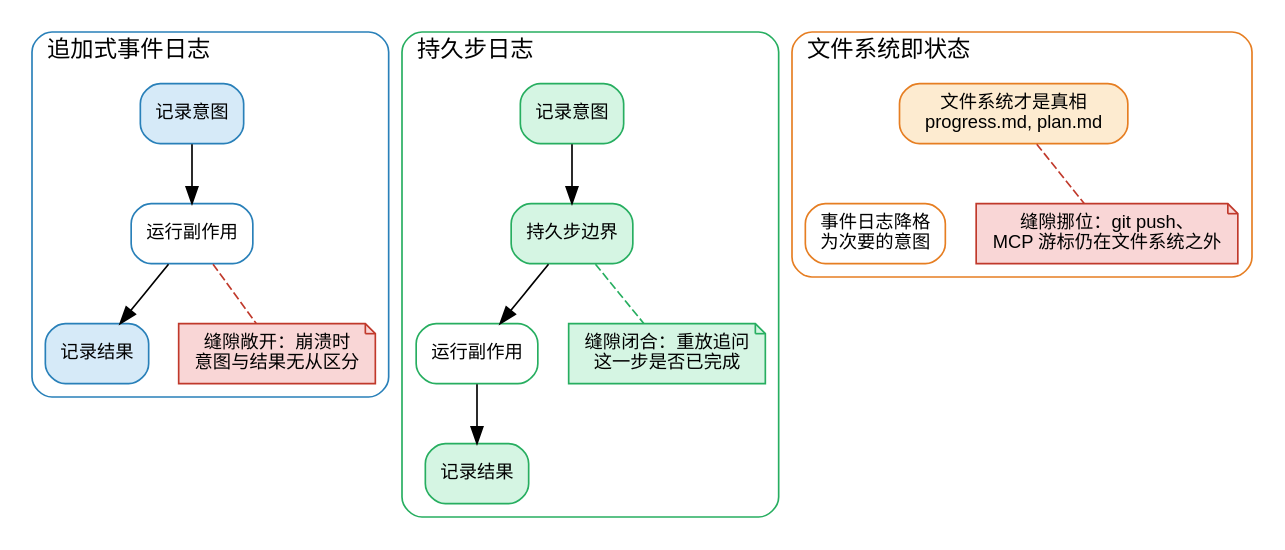
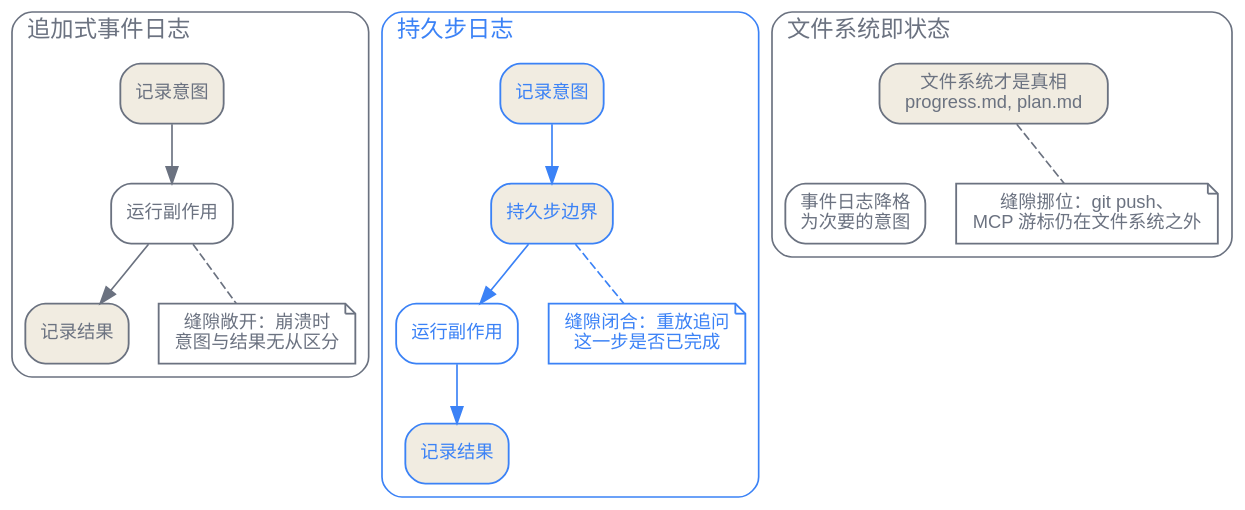
Before and after one commit to latere-ai/ai-as-an-infrastructure: the second of 4 diagrams in zh/p5-orchestration/22-memory-systems.qmd, drawn with Graphviz. The commit also changed other lines of this file and 186 other files, not shown here.

First line of the commit message:
book: visual audit pass on all diagrams and figures

````diff
--- a/zh/p5-orchestration/22-memory-systems.qmd
+++ b/zh/p5-orchestration/22-memory-systems.qmd
@@ -42,48 +42,52 @@
 ```{dot}
 //| label: fig-memory-durability-models
 //| fig-cap: "三种持久性模型在相对副作用记录什么上各有不同，这决定了意图与结果之缝隙落在何处。"
 digraph durability {
     rankdir=TB;
-    node [shape=box, style="rounded,filled", fontname="Helvetica", fontsize=11];
-    edge [fontname="Helvetica", fontsize=10];
+    bgcolor="transparent";
+    node [shape=box, style="rounded,filled", fontname="Helvetica", fontsize=11, color="#6b7280", fontcolor="#6b7280", fillcolor="#ffffff", penwidth=1.1];
+    edge [fontname="Helvetica", fontsize=10, color="#6b7280", fontcolor="#6b7280"];
 
     subgraph cluster_log {
         label="追加式事件日志";
         labeljust="l";
         style="rounded";
-        color="#2980b9";
-        a_intent [label="记录意图", fillcolor="#d6eaf8", color="#2980b9"];
-        a_effect [label="运行副作用", fillcolor="#ffffff", color="#2980b9"];
-        a_result [label="记录结果", fillcolor="#d6eaf8", color="#2980b9"];
+        color="#6b7280";
+        fontcolor="#6b7280";
+        a_intent [label="记录意图", fillcolor="#f1ece1"];
+        a_effect [label="运行副作用"];
+        a_result [label="记录结果", fillcolor="#f1ece1"];
         a_intent -> a_effect -> a_result;
-        a_gap [label="缝隙敞开：崩溃时\n意图与结果无从区分", shape=note, fillcolor="#f9d6d6", color="#c0392b"];
-        a_effect -> a_gap [style=dashed, color="#c0392b", arrowhead=none];
+        a_gap [label="缝隙敞开：崩溃时\n意图与结果无从区分", shape=note];
+        a_effect -> a_gap [style=dashed, arrowhead=none];
     }
 
     subgraph cluster_step {
         label="持久步日志";
         labeljust="l";
         style="rounded";
-        color="#27ae60";
-        b_intent [label="记录意图", fillcolor="#d5f5e3", color="#27ae60"];
-        b_bound [label="持久步边界", fillcolor="#d5f5e3", color="#27ae60"];
-        b_effect [label="运行副作用", fillcolor="#ffffff", color="#27ae60"];
-        b_result [label="记录结果", fillcolor="#d5f5e3", color="#27ae60"];
-        b_intent -> b_bound -> b_effect -> b_result;
-        b_gap [label="缝隙闭合：重放追问\n这一步是否已完成", shape=note, fillcolor="#d5f5e3", color="#27ae60"];
-        b_bound -> b_gap [style=dashed, color="#27ae60", arrowhead=none];
+        color="#3b82f6";
+        fontcolor="#3b82f6";
+        b_intent [label="记录意图", fillcolor="#f1ece1", color="#3b82f6", fontcolor="#3b82f6"];
+        b_bound [label="持久步边界", fillcolor="#f1ece1", color="#3b82f6", fontcolor="#3b82f6"];
+        b_effect [label="运行副作用", color="#3b82f6", fontcolor="#3b82f6"];
+        b_result [label="记录结果", fillcolor="#f1ece1", color="#3b82f6", fontcolor="#3b82f6"];
+        b_intent -> b_bound -> b_effect -> b_result [color="#3b82f6"];
+        b_gap [label="缝隙闭合：重放追问\n这一步是否已完成", shape=note, color="#3b82f6", fontcolor="#3b82f6"];
+        b_bound -> b_gap [style=dashed, arrowhead=none, color="#3b82f6"];
     }
 
     subgraph cluster_fs {
         label="文件系统即状态";
         labeljust="l";
         style="rounded";
-        color="#e67e22";
-        c_fs [label="文件系统才是真相\nprogress.md, plan.md", fillcolor="#fdebd0", color="#e67e22"];
-        c_log [label="事件日志降格\n为次要的意图", fillcolor="#ffffff", color="#e67e22"];
+        color="#6b7280";
+        fontcolor="#6b7280";
+        c_fs [label="文件系统才是真相\nprogress.md, plan.md", fillcolor="#f1ece1"];
+        c_log [label="事件日志降格\n为次要的意图"];
         c_fs -> c_log [style=invis];
-        c_gap [label="缝隙挪位：git push、\nMCP 游标仍在文件系统之外", shape=note, fillcolor="#f9d6d6", color="#c0392b"];
-        c_fs -> c_gap [style=dashed, color="#c0392b", arrowhead=none];
+        c_gap [label="缝隙挪位：git push、\nMCP 游标仍在文件系统之外", shape=note];
+        c_fs -> c_gap [style=dashed, arrowhead=none];
     }
 }
 ```
````
